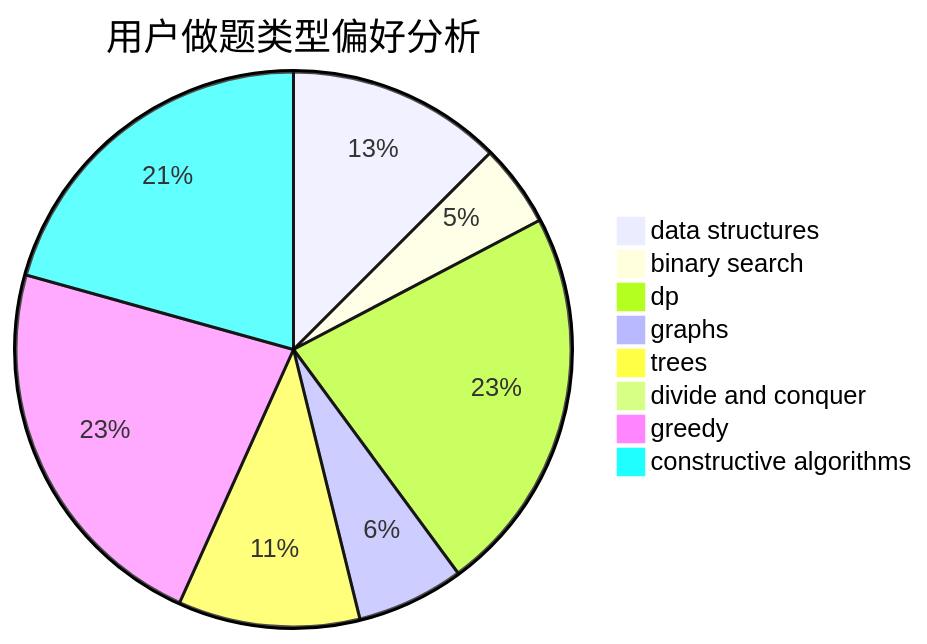
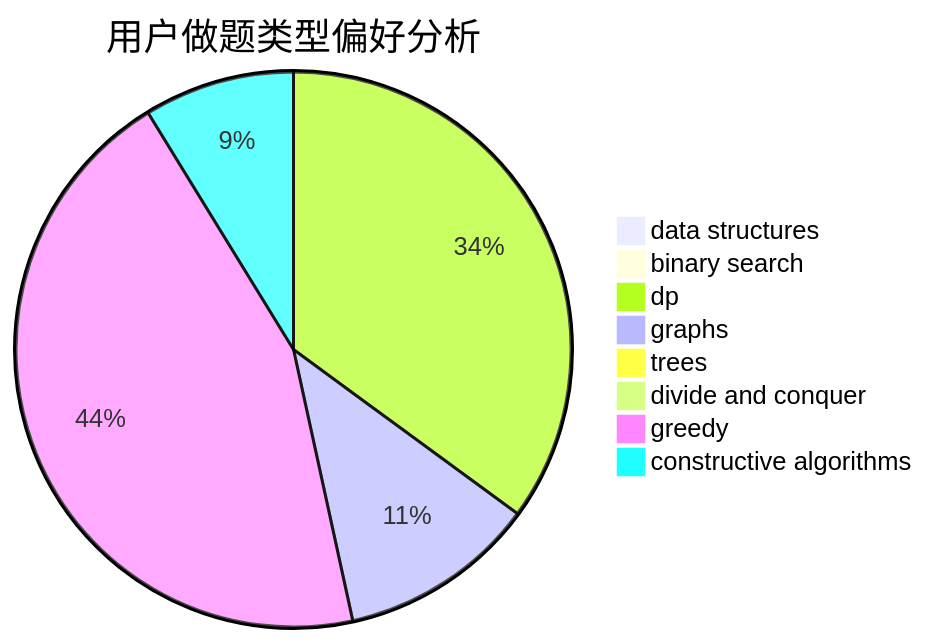
The second of 3 diagrams in docs/user/u2690.md (sherpahu/cfrs.github.io), drawn with Mermaid before and after one commit. The commit also changed other lines of this file and 2770 other files, not shown here.

````diff
--- a/docs/user/u2690.md
+++ b/docs/user/u2690.md
@@ -23,11 +23,11 @@
 ```mermaid
 pie title 用户做题类型偏好分析
-    "data structures" :  26
-    "binary search" :  10
-    "dp" :  47
-    "graphs" :  13
-    "trees" :  22
-    "divide and conquer" :  0
-    "greedy" :  47
-    "constructive algorithms" :  43
+    "data structures" :  1
+    "binary search" :  3
+    "dp" :  128
+    "graphs" :  42
+    "trees" :  2
+    "divide and conquer" :  1
+    "greedy" :  163
+    "constructive algorithms" :  32
 ```
````
